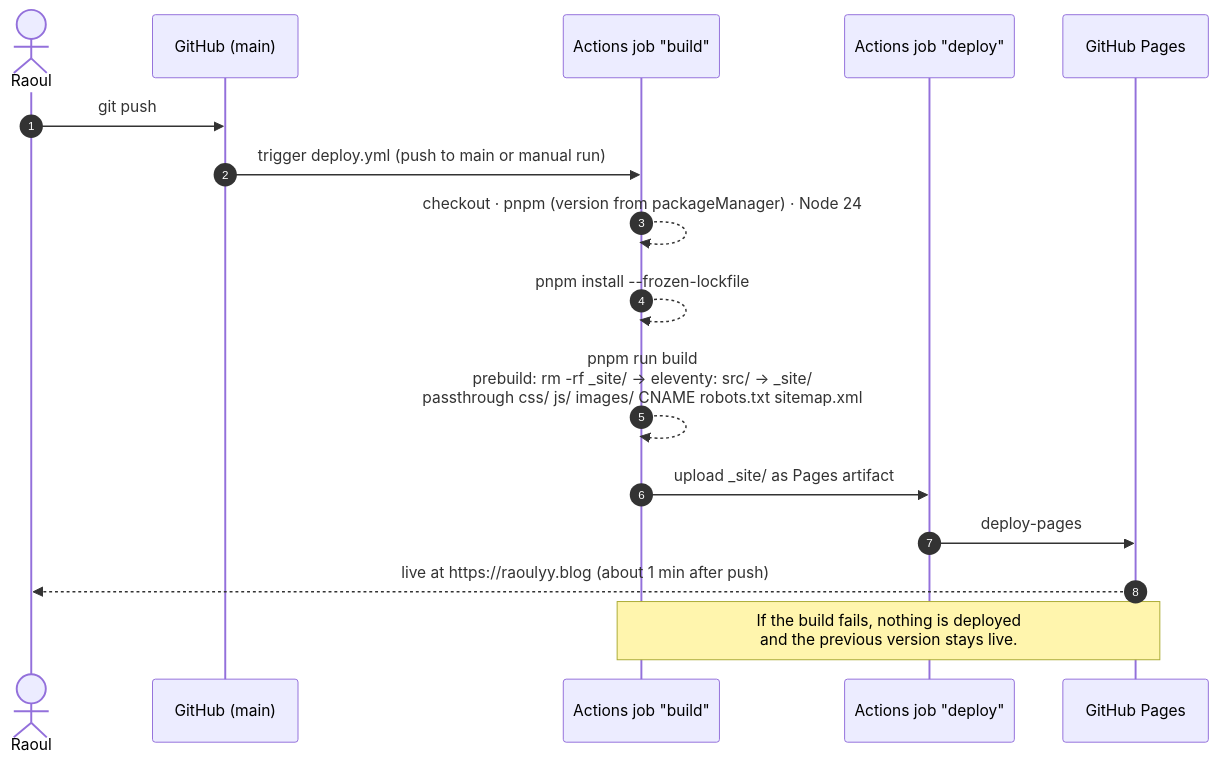
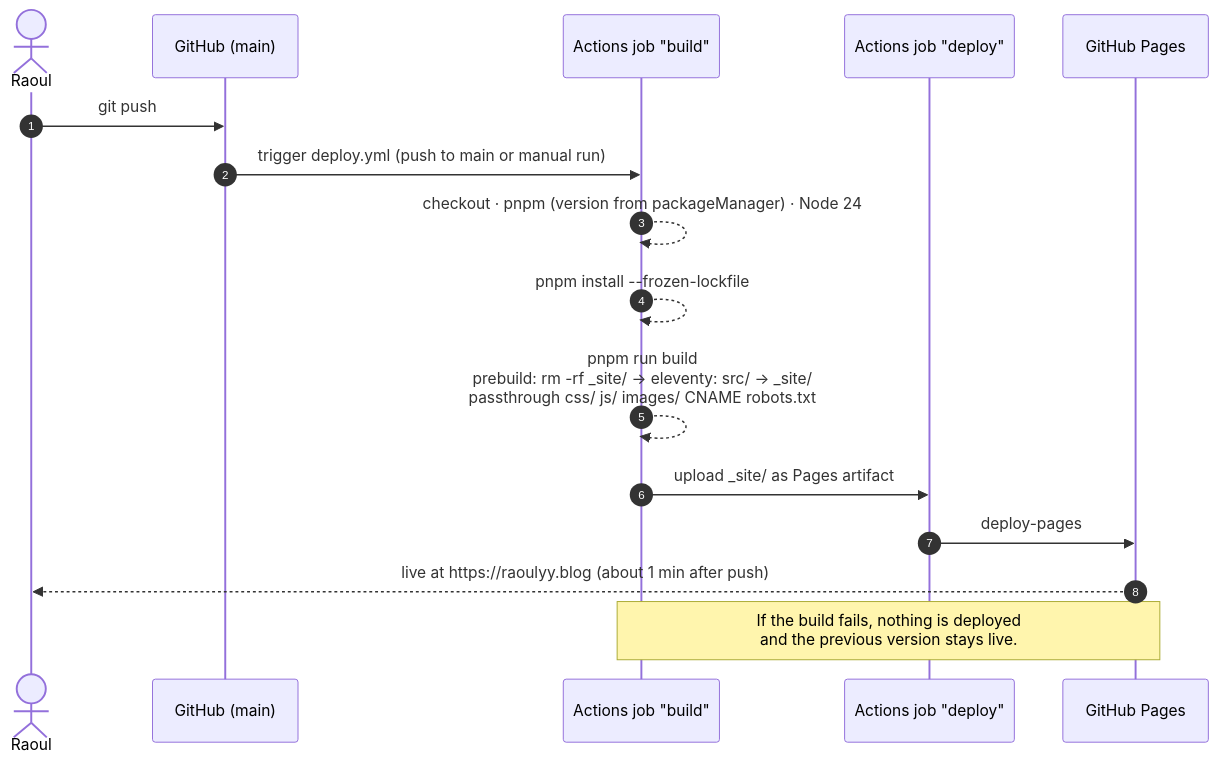
Before and after one commit to raoul-g/raoulyy-blog: the third of 9 diagrams in ARCHITECTURE.md, drawn with Mermaid. The commit also changed other lines of this file and 7 other files, not shown here.

First line of the commit message:
generate sitemap.xml as part of the Eleventy build

````diff
--- a/ARCHITECTURE.md
+++ b/ARCHITECTURE.md
@@ -82,19 +82,19 @@
 ```mermaid
 sequenceDiagram
     autonumber
     actor Dev as Raoul
     participant GH as GitHub (main)
     participant B as Actions job "build"
     participant D as Actions job "deploy"
     participant P as GitHub Pages
 
     Dev->>GH: git push
     GH->>B: trigger deploy.yml (push to main or manual run)
     B-->>B: checkout · pnpm (version from packageManager) · Node 24
     B-->>B: pnpm install --frozen-lockfile
-    B-->>B: pnpm run build<br/>prebuild: rm -rf _site/ → eleventy: src/ → _site/<br/>passthrough css/ js/ images/ CNAME robots.txt sitemap.xml
+    B-->>B: pnpm run build<br/>prebuild: rm -rf _site/ → eleventy: src/ → _site/<br/>passthrough css/ js/ images/ CNAME robots.txt
     B->>D: upload _site/ as Pages artifact
     D->>P: deploy-pages
     P-->>Dev: live at https://raoulyy.blog (about 1 min after push)
     Note over B,P: If the build fails, nothing is deployed<br/>and the previous version stays live.
 ```
````
